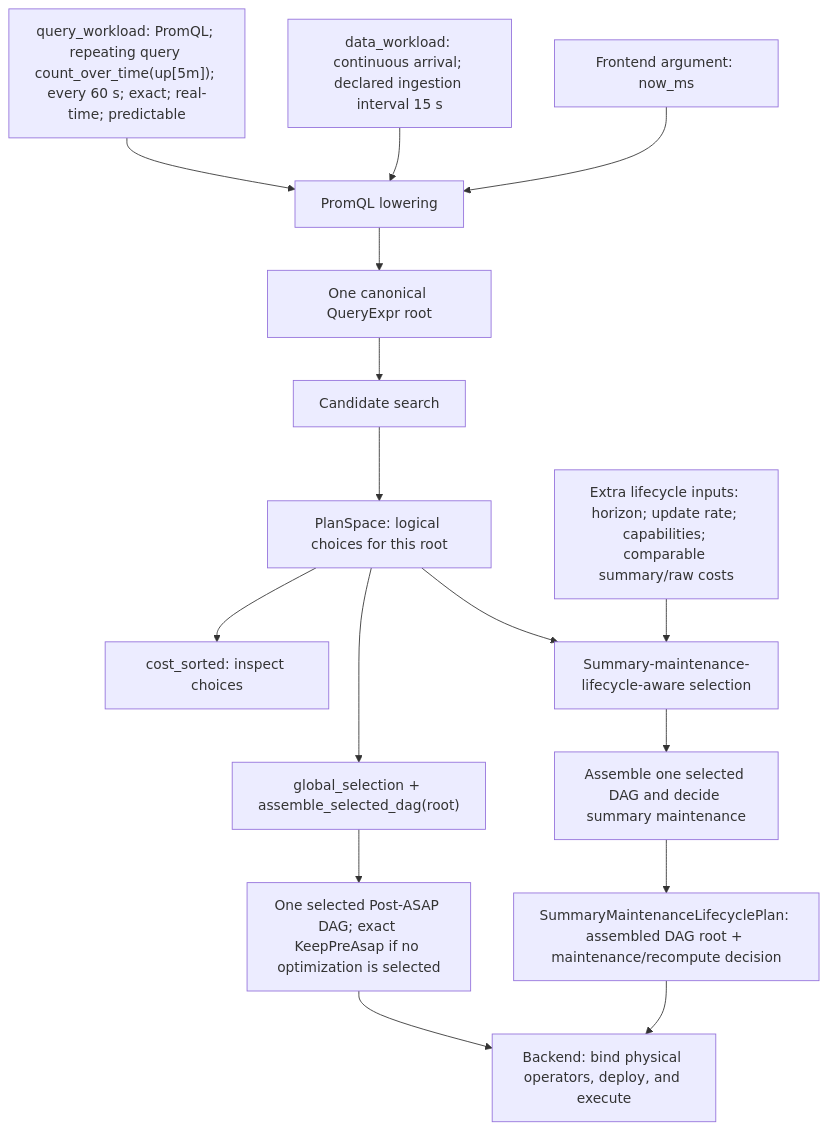
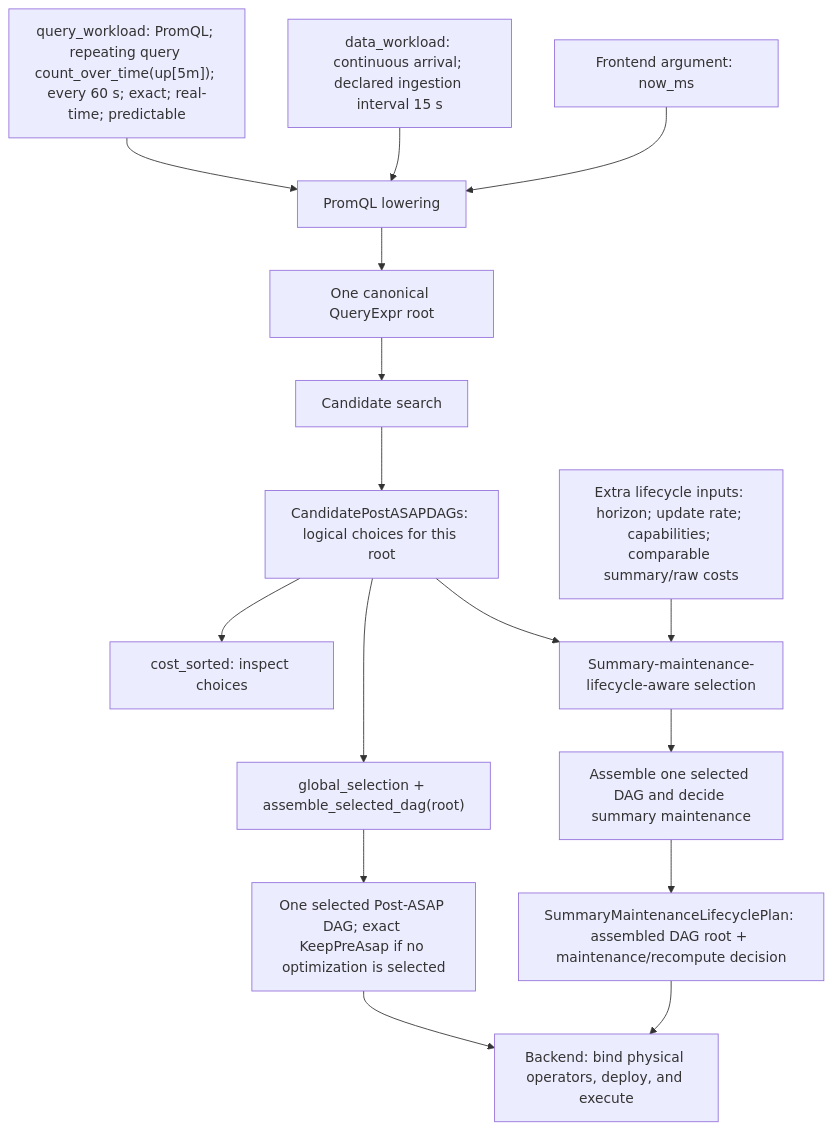
One commit to ProjectASAP/ASAPPlanner changed the first of 2 diagrams in docs/design_docs/architecture/input-output-workflow.md. Above: the diagram before and after it, drawn with Mermaid. The commit also changed other lines of this file and 35 other files, not shown here.

First line of the commit message:
refactor: rename PlanSpace to CandidatePostASAPDAGs

````diff
--- a/docs/design_docs/architecture/input-output-workflow.md
+++ b/docs/design_docs/architecture/input-output-workflow.md
@@ -63,26 +63,26 @@
 ```mermaid
 flowchart TD
     Q["query_workload: PromQL; repeating query count_over_time(up[5m]); every 60 s; exact; real-time; predictable"]
     D["data_workload: continuous arrival; declared ingestion interval 15 s"]
     T["Frontend argument: now_ms"]
     F["PromQL lowering"]
     R["One canonical QueryExpr root"]
     S["Candidate search"]
-    P["PlanSpace: logical choices for this root"]
+    P["CandidatePostASAPDAGs: logical choices for this root"]
     I["cost_sorted: inspect choices"]
     G["global_selection + assemble_selected_dag(root)"]
     L["One selected Post-ASAP DAG; exact KeepPreAsap if no optimization is selected"]
     X["Extra lifecycle inputs: horizon; update rate; capabilities; comparable summary/raw costs"]
     H["Summary-maintenance-lifecycle-aware selection"]
     HM["Assemble one selected DAG and decide summary maintenance"]
     O["SummaryMaintenanceLifecyclePlan: assembled DAG root + maintenance/recompute decision"]
     B["Backend: bind physical operators, deploy, and execute"]
     Q --> F
     D --> F
     T --> F
     F --> R --> S --> P
     P --> I
     P --> G --> L --> B
     P --> H
     X --> H --> HM --> O --> B
 ```
````
